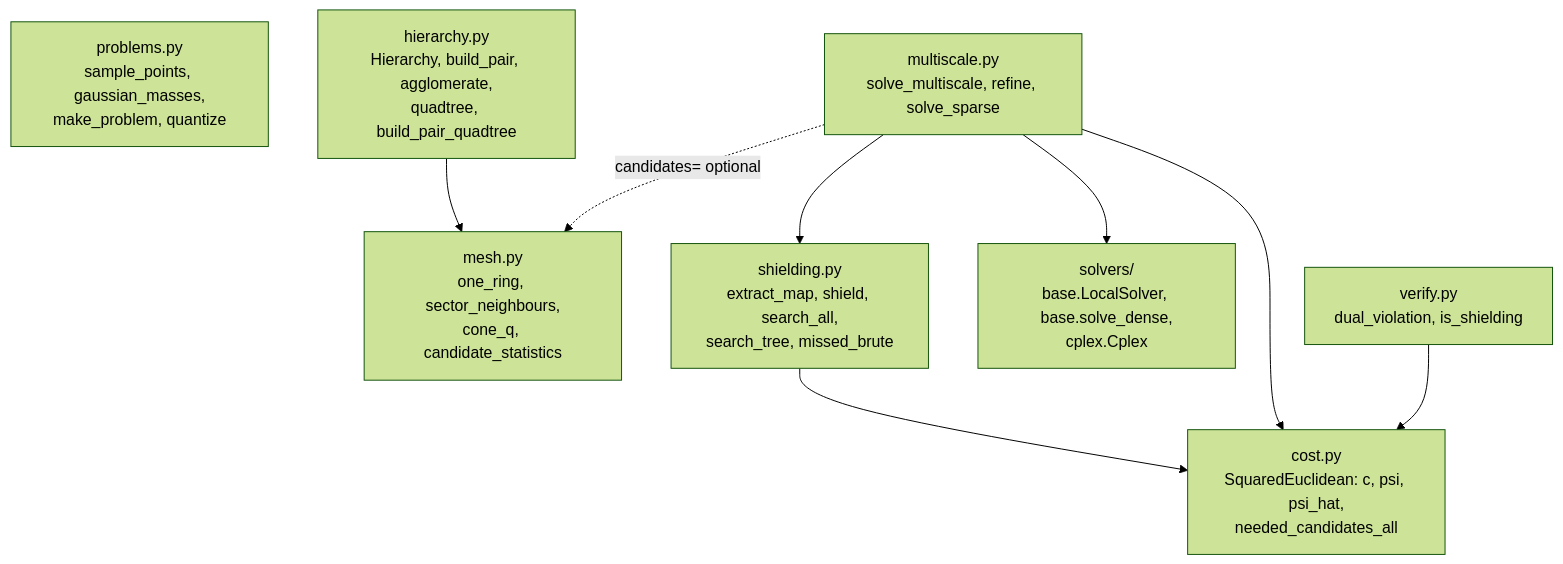
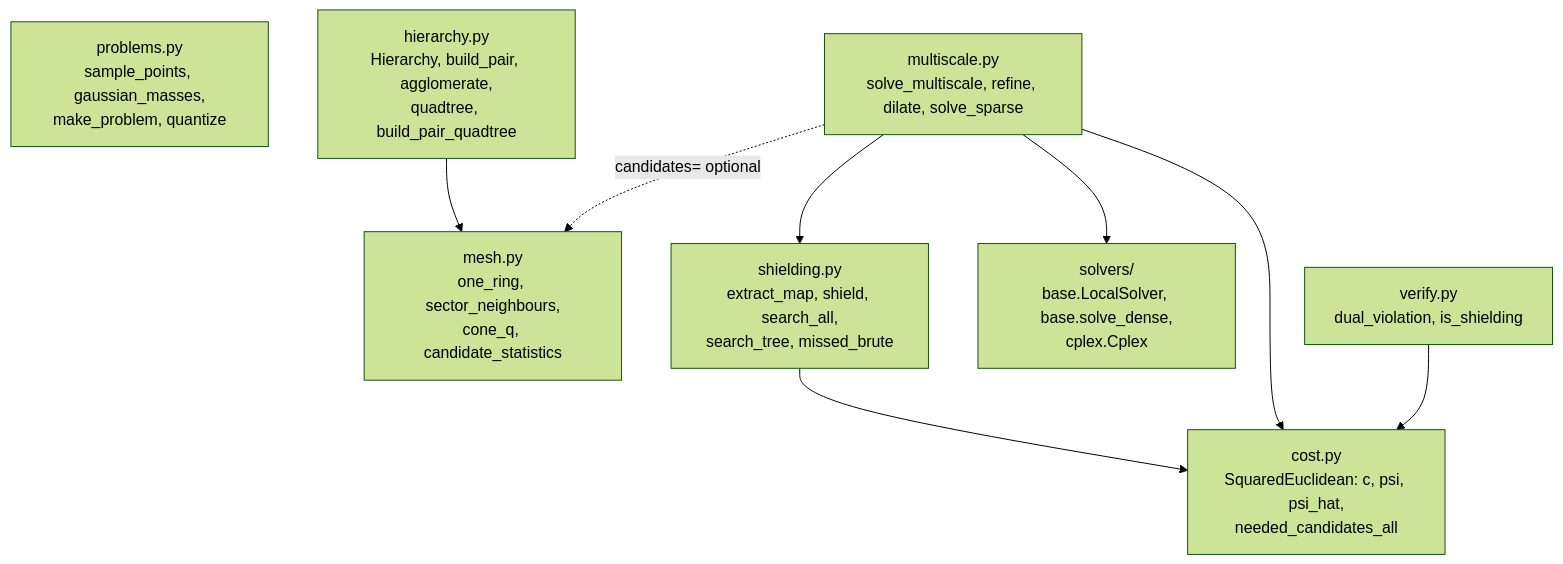
One commit to BenediktKaltenbach/multiscale_dicrete_ot changed the second of 8 diagrams in docs/flowchart.md. Above: the diagram before and after it, drawn with Mermaid (forest theme). The commit also changed other lines of this file and 9 other files, not shown here.

````diff
--- a/docs/flowchart.md
+++ b/docs/flowchart.md
@@ -18,19 +18,19 @@
 ```mermaid
 flowchart TB
     problems["problems.py<br/>sample_points, gaussian_masses,<br/>make_problem, quantize"]
     hierarchy["hierarchy.py<br/>Hierarchy, build_pair, agglomerate,<br/>quadtree, build_pair_quadtree"]
     mesh["mesh.py<br/>one_ring, sector_neighbours,<br/>cone_q, candidate_statistics"]
     cost["cost.py<br/>SquaredEuclidean: c, psi, psi_hat,<br/>needed_candidates_all"]
     shielding["shielding.py<br/>extract_map, shield, search_all,<br/>search_tree, missed_brute"]
-    multiscale["multiscale.py<br/>solve_multiscale, refine, solve_sparse"]
+    multiscale["multiscale.py<br/>solve_multiscale, refine, dilate, solve_sparse"]
     solvers["solvers/<br/>base.LocalSolver, base.solve_dense,<br/>cplex.Cplex"]
     verify["verify.py<br/>dual_violation, is_shielding"]
 
     hierarchy --> mesh
     multiscale --> shielding
     multiscale --> solvers
     multiscale -. "candidates= optional" .-> mesh
     shielding --> cost
     multiscale --> cost
     verify --> cost
 ```
````
